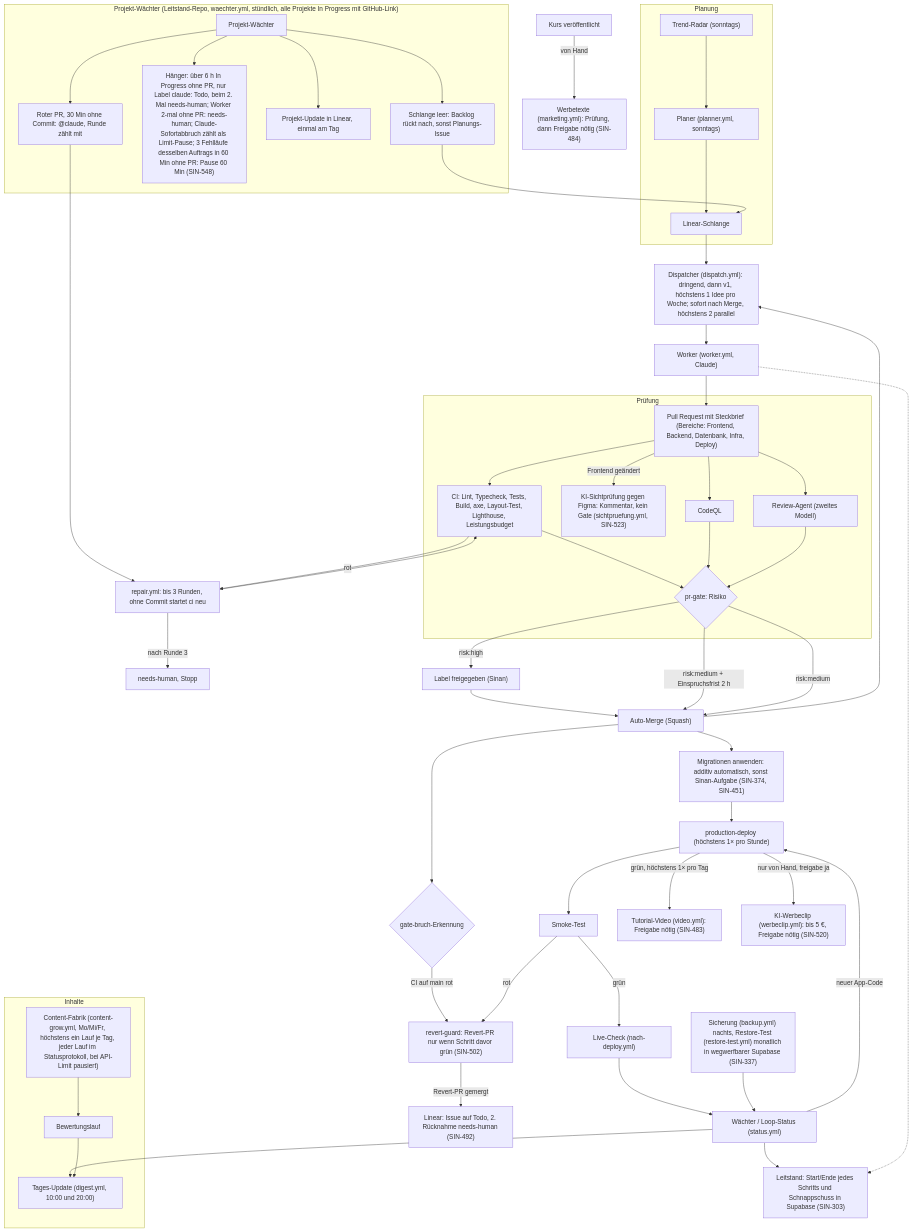
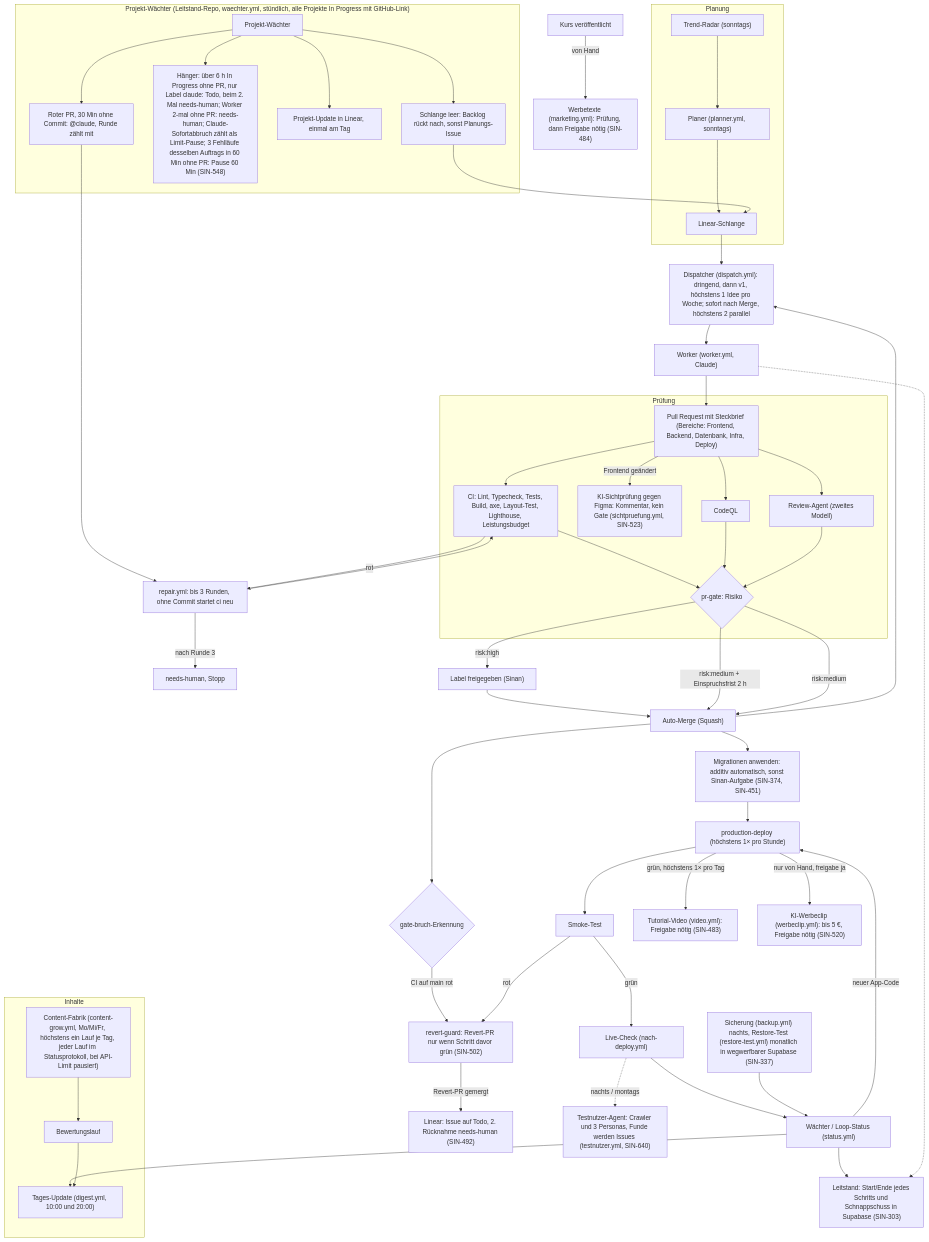
The diagram in docs/diagramme/pipeline.mmd (siinanXD/Content-Agent-Lernapp), drawn with Mermaid before and after one commit. The commit also changed 10 other files, not shown here.

Commit message:
feat(testnutzer): Crawler und Personas melden, was in der Live-App hakt (SIN-640) (#364)

```diff
--- a/docs/diagramme/pipeline.mmd
+++ b/docs/diagramme/pipeline.mmd
@@ -1,56 +1,57 @@
 %% Pipeline-Ablauf des Loops, Stand main 09.10. (SIN-376). Quelle für das FigJam-Board „Pipeline-Ablauf“.
 %% Ändern sich .github/workflows/ oder scripts/autonomy/, diese Datei im selben PR anpassen.
 flowchart TD
   subgraph Planung
     Radar["Trend-Radar (sonntags)"] --> Planer
     Planer["Planer (planner.yml, sonntags)"] --> Schlange["Linear-Schlange"]
   end
   Schlange --> Dispatcher["Dispatcher (dispatch.yml): dringend, dann v1, höchstens 1 Idee pro Woche; sofort nach Merge, höchstens 2 parallel"]
   Dispatcher --> Worker["Worker (worker.yml, Claude)"]
   Worker --> PR["Pull Request mit Steckbrief (Bereiche: Frontend, Backend, Datenbank, Infra, Deploy)"]
   subgraph Prüfung
     PR --> CI["CI: Lint, Typecheck, Tests, Build, axe, Layout-Test, Lighthouse, Leistungsbudget"]
     PR -- "Frontend geändert" --> Sicht["KI-Sichtprüfung gegen Figma: Kommentar, kein Gate (sichtpruefung.yml, SIN-523)"]
     PR --> CodeQL["CodeQL"]
     PR --> Review["Review-Agent (zweites Modell)"]
     CI --> Gate{"pr-gate: Risiko"}
     CodeQL --> Gate
     Review --> Gate
   end
   CI -- rot --> Repair["repair.yml: bis 3 Runden, ohne Commit startet ci neu"]
   Repair --> CI
   Repair -- "nach Runde 3" --> Mensch["needs-human, Stopp"]
   Gate -- "risk:high" --> Freigabe["Label freigegeben (Sinan)"]
   Freigabe --> Merge
   Gate -- "risk:medium + Einspruchsfrist 2 h" --> Merge
   Gate -- "risk:medium" --> Merge["Auto-Merge (Squash)"]
   Merge --> Dispatcher
   Merge --> Migr["Migrationen anwenden: additiv automatisch, sonst Sinan-Aufgabe (SIN-374, SIN-451)"]
   Merge --> Bruch{"gate-bruch-Erkennung"}
   Bruch -- "CI auf main rot" --> Revert["revert-guard: Revert-PR nur wenn Schritt davor grün (SIN-502)"]
   Revert -- "Revert-PR gemergt" --> LinearTodo["Linear: Issue auf Todo, 2. Rücknahme needs-human (SIN-492)"]
   Migr --> Deploy["production-deploy (höchstens 1× pro Stunde)"]
   Deploy --> Smoke["Smoke-Test"]
   Smoke -- rot --> Revert
   Smoke -- grün --> Live["Live-Check (nach-deploy.yml)"]
+  Live -. "nachts / montags" .-> Testnutzer["Testnutzer-Agent: Crawler und 3 Personas, Funde werden Issues (testnutzer.yml, SIN-640)"]
   Deploy -- "grün, höchstens 1× pro Tag" --> Video["Tutorial-Video (video.yml): Freigabe nötig (SIN-483)"]
   Deploy -- "nur von Hand, freigabe ja" --> Werbeclip["KI-Werbeclip (werbeclip.yml): bis 5 €, Freigabe nötig (SIN-520)"]
   Kurs["Kurs veröffentlicht"] -- "von Hand" --> Marketing["Werbetexte (marketing.yml): Prüfung, dann Freigabe nötig (SIN-484)"]
   Live --> Waechter["Wächter / Loop-Status (status.yml)"]
   Waechter -- "neuer App-Code" --> Deploy
   Backup["Sicherung (backup.yml) nachts, Restore-Test (restore-test.yml) monatlich in wegwerfbarer Supabase (SIN-337)"] --> Waechter
   Waechter --> Update["Tages-Update (digest.yml, 10:00 und 20:00)"]
   Waechter --> Leitstand["Leitstand: Start/Ende jedes Schritts und Schnappschuss in Supabase (SIN-303)"]
   Worker -.-> Leitstand
   subgraph Projektwaechter["Projekt-Wächter (Leitstand-Repo, waechter.yml, stündlich, alle Projekte In Progress mit GitHub-Link)"]
     PW["Projekt-Wächter"] --> PWS["Schlange leer: Backlog rückt nach, sonst Planungs-Issue"]
     PW --> PWH["Hänger: über 6 h In Progress ohne PR, nur Label claude: Todo, beim 2. Mal needs-human; Worker 2-mal ohne PR: needs-human; Claude-Sofortabbruch zählt als Limit-Pause; 3 Fehlläufe desselben Auftrags in 60 Min ohne PR: Pause 60 Min (SIN-548)"]
     PW --> PWU["Projekt-Update in Linear, einmal am Tag"]
     PW --> PWR["Roter PR, 30 Min ohne Commit: @claude, Runde zählt mit"]
   end
   PWS --> Schlange
   PWR --> Repair
   subgraph Inhalte
     Fabrik["Content-Fabrik (content-grow.yml, Mo/Mi/Fr, höchstens ein Lauf je Tag, jeder Lauf im Statusprotokoll, bei API-Limit pausiert)"] --> Bewertung["Bewertungslauf"]
     Bewertung --> Update
   end
```
